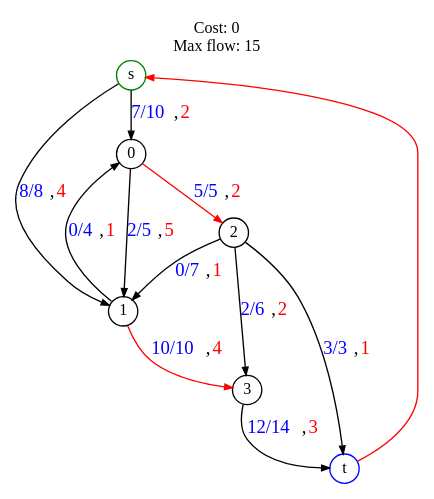
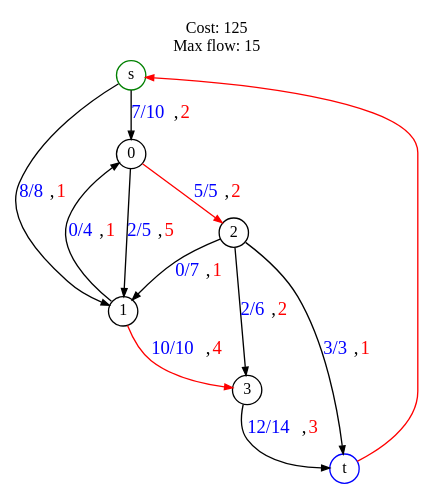
The diagram in src/main/resources/results/graph.dot (Bence-dp/OpResearchProject_Bence_DiPlacido), drawn with Graphviz before and after one commit. The commit also changed 10 other files, not shown here.

```diff
--- a/src/main/resources/results/graph.dot
+++ b/src/main/resources/results/graph.dot
@@ -1,26 +1,26 @@
 digraph Gv2{     
 graph [nodesep="0.3", ranksep="0.3",fontsize=12]
-label="Cost: 0\nMax flow: 15";
+label="Cost: 125\nMax flow: 15";
 labelloc=t;
 node [shape=circle,fixedsize=true,width=.3,height=.3,fontsize=12]
 edge [arrowsize=0.6]
 
 s -> 0 [label = <<font color="blue">7/10</font>,<font color="red">2</font>>]
-              s -> 1 [label = <<font color="blue">8/8</font>,<font color="red">4</font>>]
+              s -> 1 [label = <<font color="blue">8/8</font>,<font color="red">1</font>>]
               0 -> 1 [label = <<font color="blue">2/5</font>,<font color="red">5</font>>]
               0 -> 2 [label = <<font color="blue">5/5</font>,<font color="red">2</font>>, color=red]
               1 -> 0 [label = <<font color="blue">0/4</font>,<font color="red">1</font>>]
               1 -> 3 [label = <<font color="blue">10/10</font>,<font color="red">4</font>>, color=red]
               2 -> 1 [label = <<font color="blue">0/7</font>,<font color="red">1</font>>]
               2 -> 3 [label = <<font color="blue">2/6</font>,<font color="red">2</font>>]
               2 -> t [label = <<font color="blue">3/3</font>,<font color="red">1</font>>]
               3 -> t [label = <<font color="blue">12/14</font>,<font color="red">3</font>>]
               t -> s [color=red]
 
 s [label="s",color=green]
               0 [label="0"]
               1 [label="1"]
               2 [label="2"]
               3 [label="3"]
               t [label="t",color=blue]
 }
```
